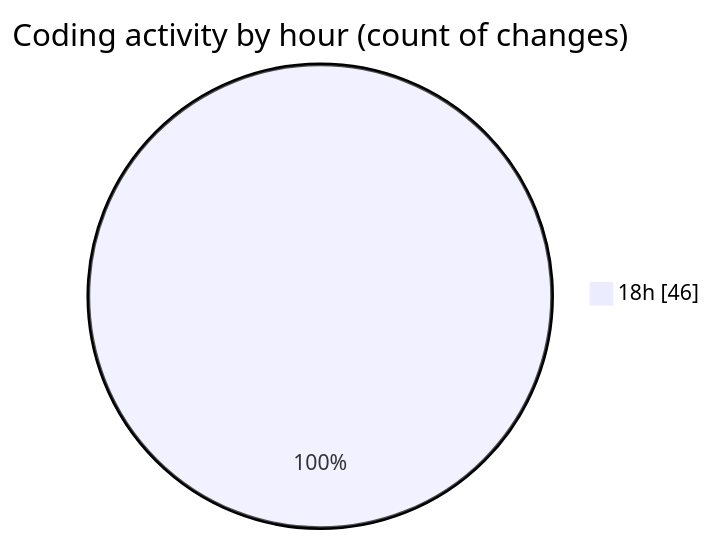
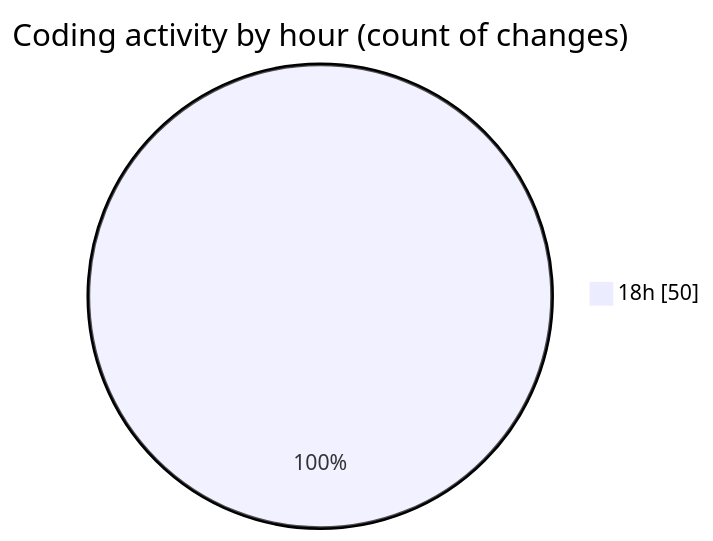
One commit to Ritupan-Deka/code-tracking changed the second of 2 diagrams in 2025-07-16/mern-workoutboard/README.md. Above: the diagram before and after it, drawn with Mermaid. The commit also changed other lines of this file and 1 other file, not shown here.

````diff
--- a/2025-07-16/mern-workoutboard/README.md
+++ b/2025-07-16/mern-workoutboard/README.md
@@ -32,5 +32,5 @@
 ```mermaid
 pie showData
 title Coding activity by hour (count of changes)
-"18h" : 46
+"18h" : 50
 ```
````
